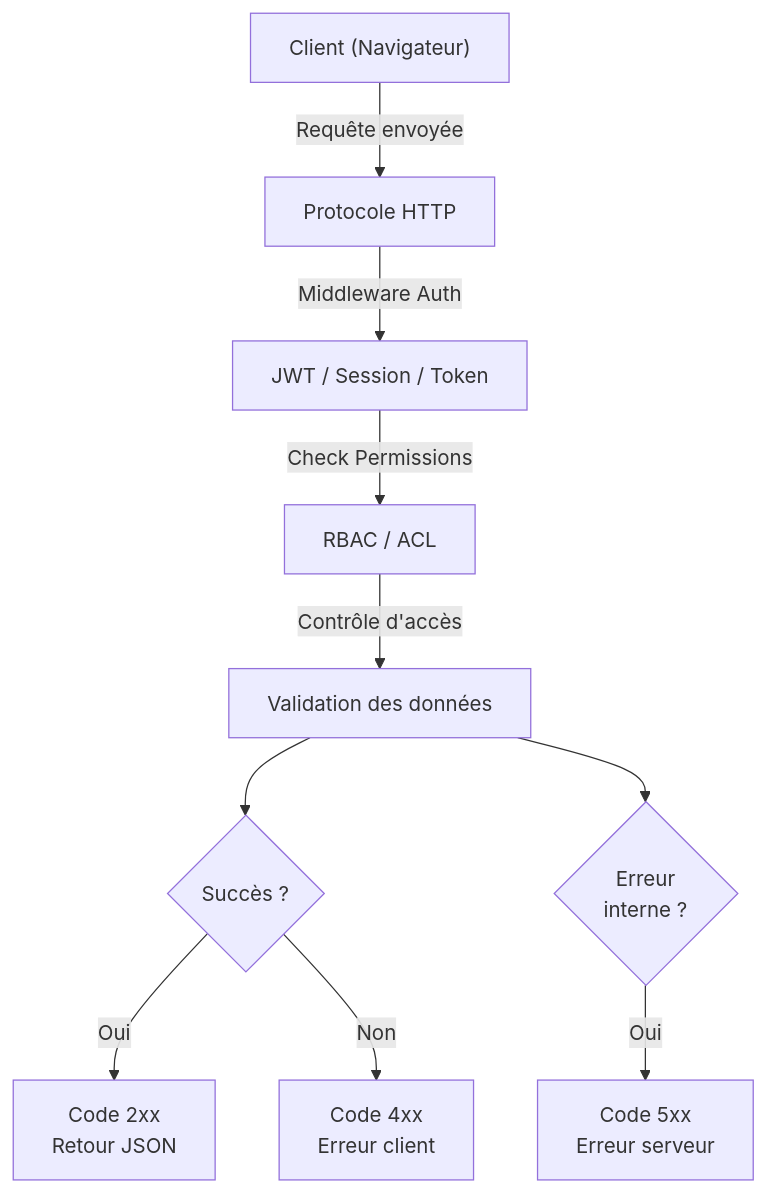
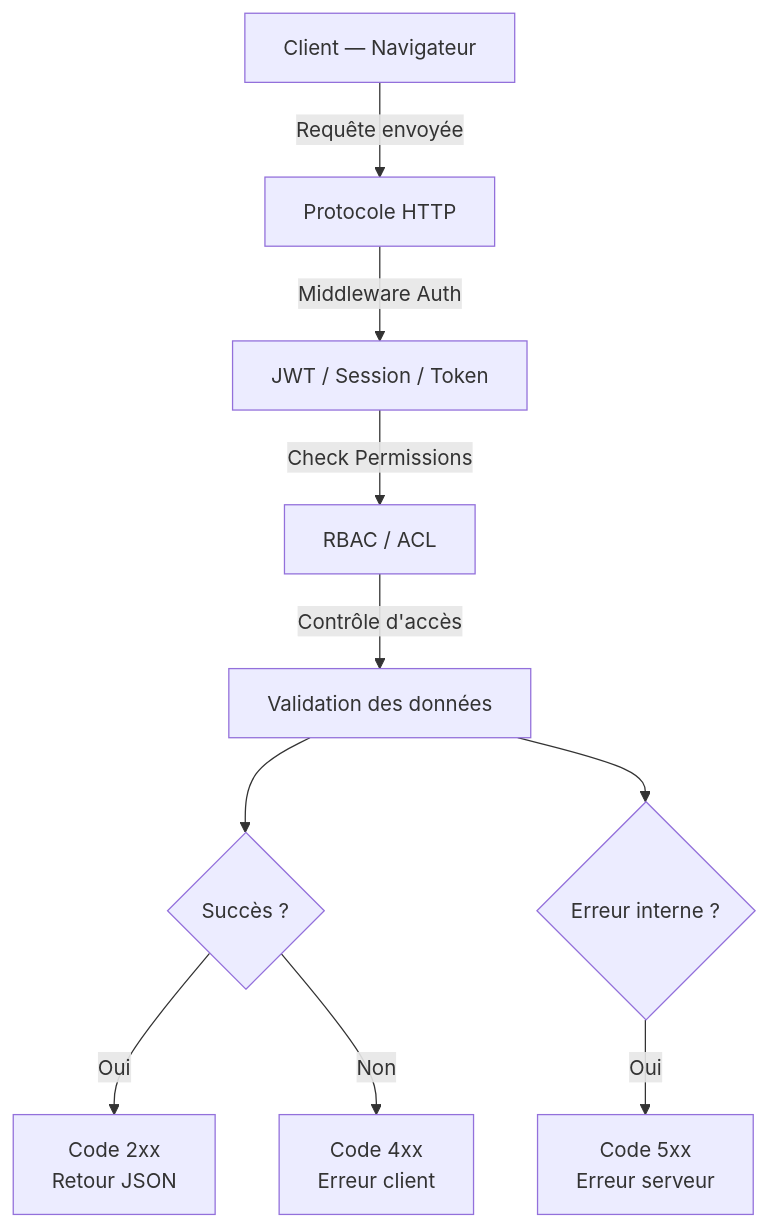
One commit to zyrass/omnydocs changed the fourth of 6 diagrams in docs/bases/concepts/liste-code-erreur.md. Above: the diagram before and after it, drawn with Mermaid. The commit also changed other lines of this file and 723 other files, not shown here.

````diff
--- a/docs/bases/concepts/liste-code-erreur.md
+++ b/docs/bases/concepts/liste-code-erreur.md
@@ -895,12 +718,23 @@
 ```mermaid
-graph TD
-    A["Client (Navigateur)"] -->|Requête envoyée| B["Protocole HTTP"]
-    B -->|Middleware Auth| C["JWT / Session / Token"]
-    C -->|Check Permissions| D["RBAC / ACL"]
-    D -->|Contrôle d'accès| E["Validation des données"]
-    E --> F{"Succès ?"}
-    F -->|Oui| G["Code 2xx<br/>Retour JSON"]
-    F -->|Non| H["Code 4xx<br/>Erreur client"]
-    E --> I{"Erreur<br />interne ?"}
-    I -->|Oui| J["Code 5xx<br/>Erreur serveur"]
+flowchart TD
+    A["Client — Navigateur"]
+    B["Protocole HTTP"]
+    C["JWT / Session / Token"]
+    D["RBAC / ACL"]
+    E["Validation des données"]
+    F{"Succès ?"}
+    G["Code 2xx<br />Retour JSON"]
+    H["Code 4xx<br />Erreur client"]
+    I{"Erreur interne ?"}
+    J["Code 5xx<br />Erreur serveur"]
+
+    A -->|Requête envoyée| B
+    B -->|Middleware Auth| C
+    C -->|Check Permissions| D
+    D -->|Contrôle d'accès| E
+    E --> F
+    F -->|Oui| G
+    F -->|Non| H
+    E --> I
+    I -->|Oui| J
 ```
````
